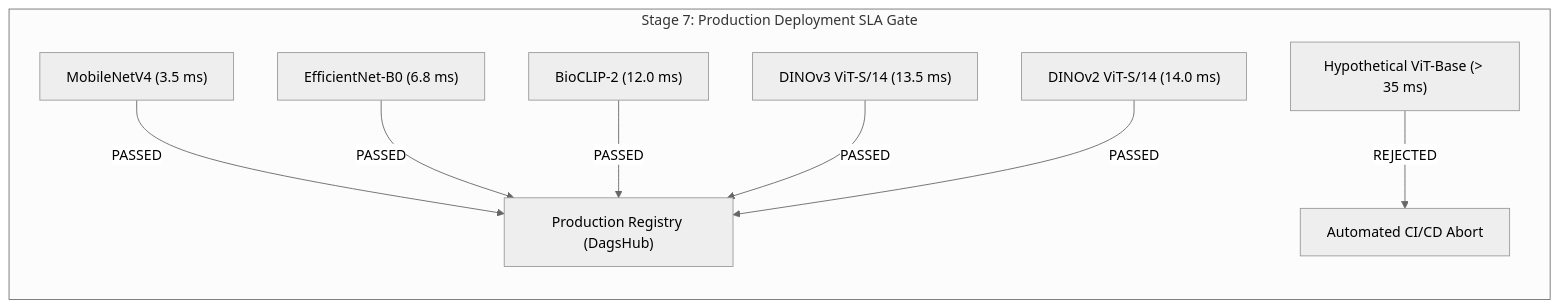
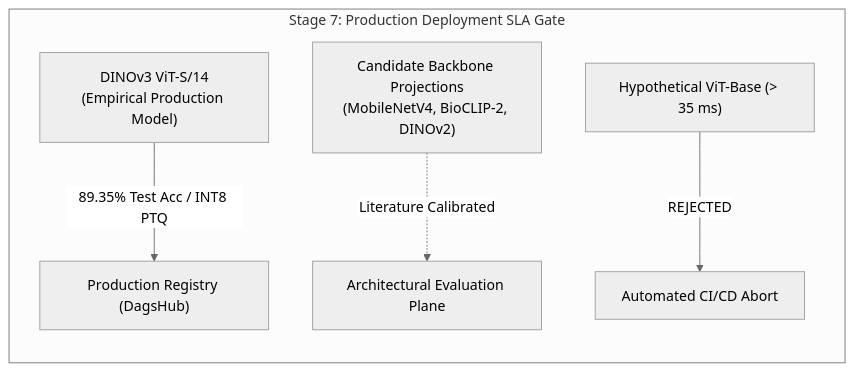
The diagram in docs/model_engineering/backbone_benchmarking_pareto.md (foersben/taxon-vision-mlops), drawn with Mermaid (neutral theme) before and after one commit. The commit also changed other lines of this file and 9 other files, not shown here.

Commit message:
docs: clarify empirical ground truth vs symbolic architectural projections

````diff
--- a/docs/model_engineering/backbone_benchmarking_pareto.md
+++ b/docs/model_engineering/backbone_benchmarking_pareto.md
@@ -63,11 +69,8 @@
 ```mermaid
 flowchart LR
     subgraph Gate["Stage 7: Production Deployment SLA Gate"]
-        M1["MobileNetV4 (3.5 ms)"] -->|PASSED| DEPLOY["Production Registry (DagsHub)"]
-        M2["EfficientNet-B0 (6.8 ms)"] -->|PASSED| DEPLOY
-        M3["BioCLIP-2 (12.0 ms)"] -->|PASSED| DEPLOY
-        M4["DINOv3 ViT-S/14 (13.5 ms)"] -->|PASSED| DEPLOY
-        M5["DINOv2 ViT-S/14 (14.0 ms)"] -->|PASSED| DEPLOY
-        M6["Hypothetical ViT-Base (> 35 ms)"] -->|REJECTED| FAIL["Automated CI/CD Abort"]
+        M1["DINOv3 ViT-S/14<br/>(Empirical Production Model)"] -->|89.35% Test Acc / INT8 PTQ| DEPLOY["Production Registry (DagsHub)"]
+        M2["Candidate Backbone Projections<br/>(MobileNetV4, BioCLIP-2, DINOv2)"] -.->|Literature Calibrated| EVAL["Architectural Evaluation Plane"]
+        M3["Hypothetical ViT-Base (> 35 ms)"] -->|REJECTED| FAIL["Automated CI/CD Abort"]
     end
 ```
````
